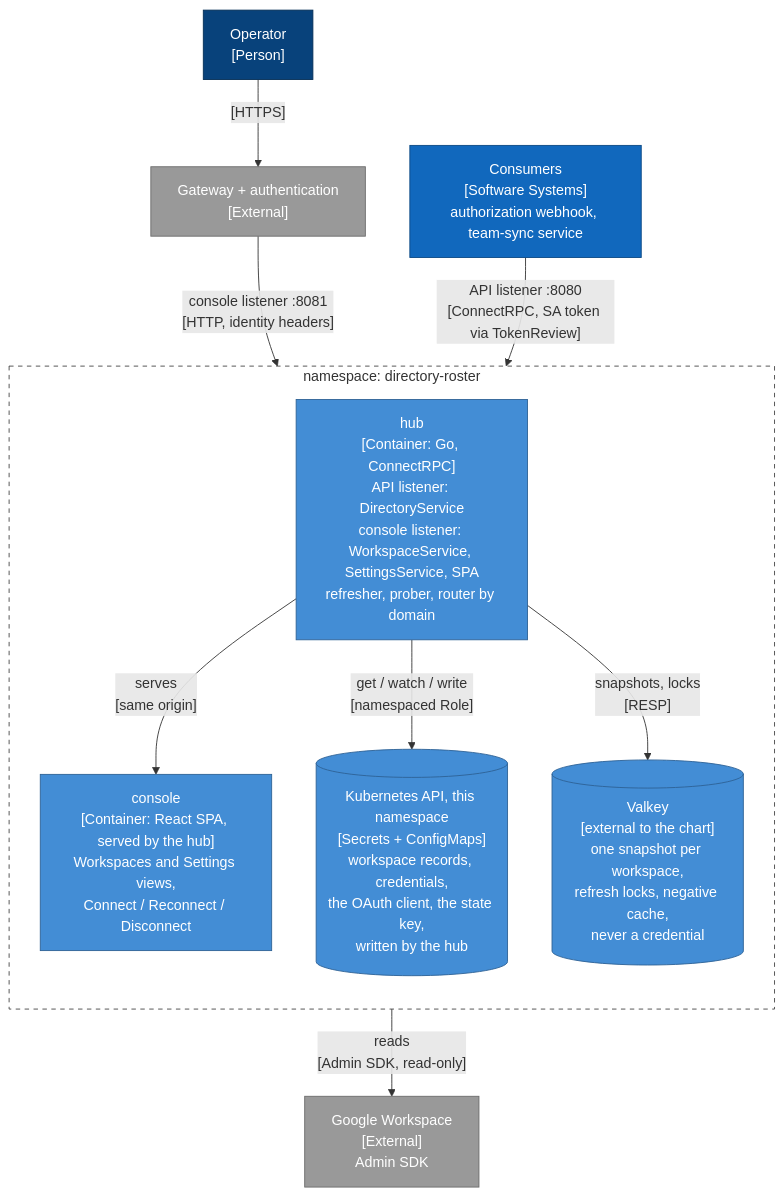
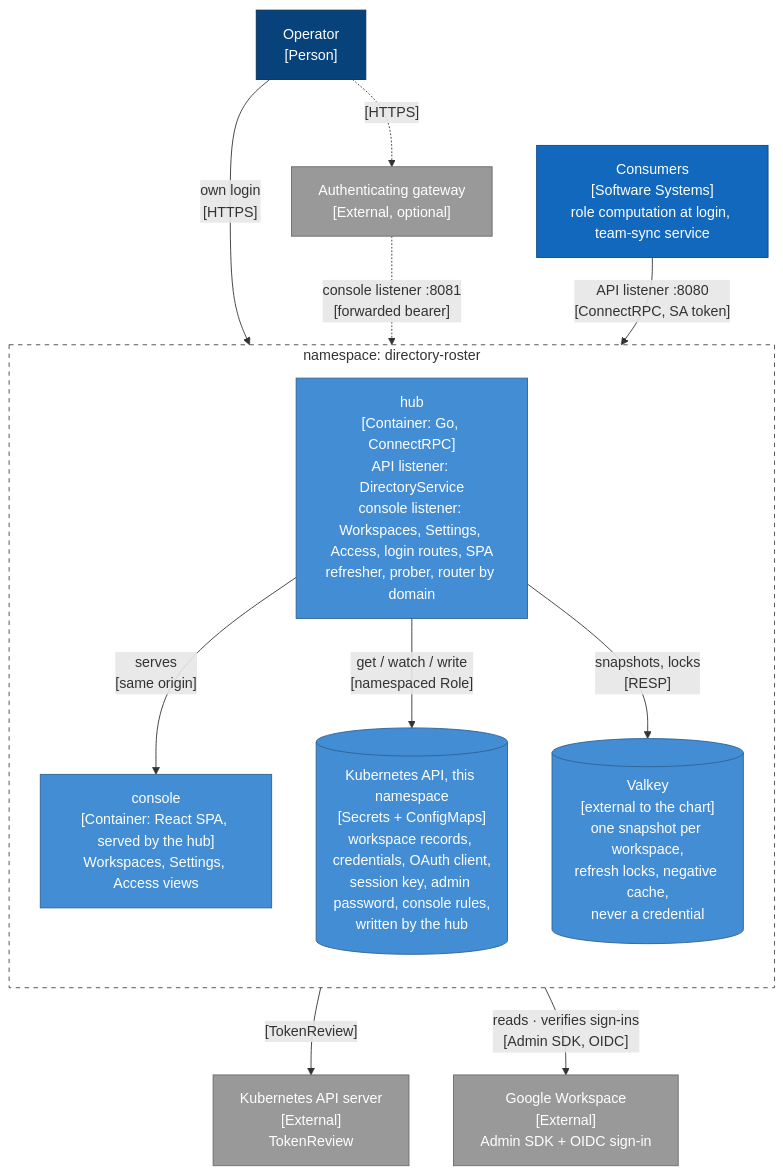
One commit to truvity/access-roster changed the second of 6 diagrams in docs/architecture/hub.md. Above: the diagram before and after it, drawn with Mermaid. The commit also changed other lines of this file and 9 other files, not shown here.

First line of the commit message:
docs: align the hub architecture and contract comments with the access model

````diff
--- a/docs/architecture/hub.md
+++ b/docs/architecture/hub.md
@@ -49,31 +51,34 @@
 ```mermaid
 flowchart TB
   operator["Operator<br/>[Person]"]:::person
-  gateway["Gateway + authentication<br/>[External]"]:::ext
-  consumers["Consumers<br/>[Software Systems]<br/>authorization webhook, team-sync service"]:::system
-  google["Google Workspace<br/>[External]<br/>Admin SDK"]:::ext
+  gateway["Authenticating gateway<br/>[External, optional]"]:::ext
+  consumers["Consumers<br/>[Software Systems]<br/>role computation at login, team-sync service"]:::system
+  kapi["Kubernetes API server<br/>[External]<br/>TokenReview"]:::ext
+  google["Google Workspace<br/>[External]<br/>Admin SDK + OIDC sign-in"]:::ext
 
   subgraph ns["namespace: directory-roster"]
     direction TB
-    hub["hub<br/>[Container: Go, ConnectRPC]<br/>API listener: DirectoryService<br/>console listener: WorkspaceService, SettingsService, SPA<br/>refresher, prober, router by domain"]:::container
-    spa["console<br/>[Container: React SPA, served by the hub]<br/>Workspaces and Settings views,<br/>Connect / Reconnect / Disconnect"]:::container
-    k8s[("Kubernetes API, this namespace<br/>[Secrets + ConfigMaps]<br/>workspace records, credentials,<br/>the OAuth client, the state key,<br/>written by the hub")]:::store
+    hub["hub<br/>[Container: Go, ConnectRPC]<br/>API listener: DirectoryService<br/>console listener: Workspaces, Settings, Access, login routes, SPA<br/>refresher, prober, router by domain"]:::container
+    spa["console<br/>[Container: React SPA, served by the hub]<br/>Workspaces, Settings, Access views"]:::container
+    k8s[("Kubernetes API, this namespace<br/>[Secrets + ConfigMaps]<br/>workspace records, credentials, OAuth client,<br/>session key, admin password, console rules,<br/>written by the hub")]:::store
     valkey[("Valkey<br/>[external to the chart]<br/>one snapshot per workspace,<br/>refresh locks, negative cache,<br/>never a credential")]:::store
   end
 
-  operator -- "[HTTPS]" --> gateway
-  gateway -- "console listener :8081<br/>[HTTP, identity headers]" --> hub
-  consumers -- "API listener :8080<br/>[ConnectRPC, SA token via TokenReview]" --> hub
+  operator -- "own login<br/>[HTTPS]" --> hub
+  operator -. "[HTTPS]" .-> gateway
+  gateway -. "console listener :8081<br/>[forwarded bearer]" .-> hub
+  consumers -- "API listener :8080<br/>[ConnectRPC, SA token]" --> hub
+  hub -- "[TokenReview]" --> kapi
   hub -- "serves<br/>[same origin]" --> spa
   hub -- "get / watch / write<br/>[namespaced Role]" --> k8s
   hub -- "snapshots, locks<br/>[RESP]" --> valkey
-  hub -- "reads<br/>[Admin SDK, read-only]" --> google
+  hub -- "reads · verifies sign-ins<br/>[Admin SDK, OIDC]" --> google
 
   classDef person fill:#08427b,stroke:#052e56,color:#fff
   classDef system fill:#1168bd,stroke:#0b4884,color:#fff
   classDef ext fill:#999999,stroke:#6b6b6b,color:#fff
   classDef container fill:#438dd5,stroke:#2e6295,color:#fff
   classDef component fill:#85bbf0,stroke:#5d82a8,color:#000
   classDef store fill:#438dd5,stroke:#2e6295,color:#fff
   style ns fill:none,stroke:#444,stroke-dasharray:5 5
 ```
````
